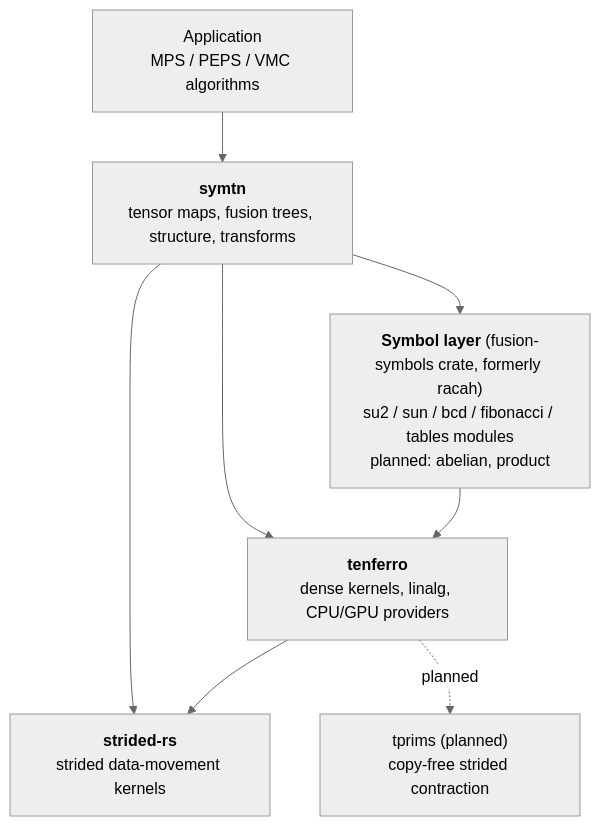
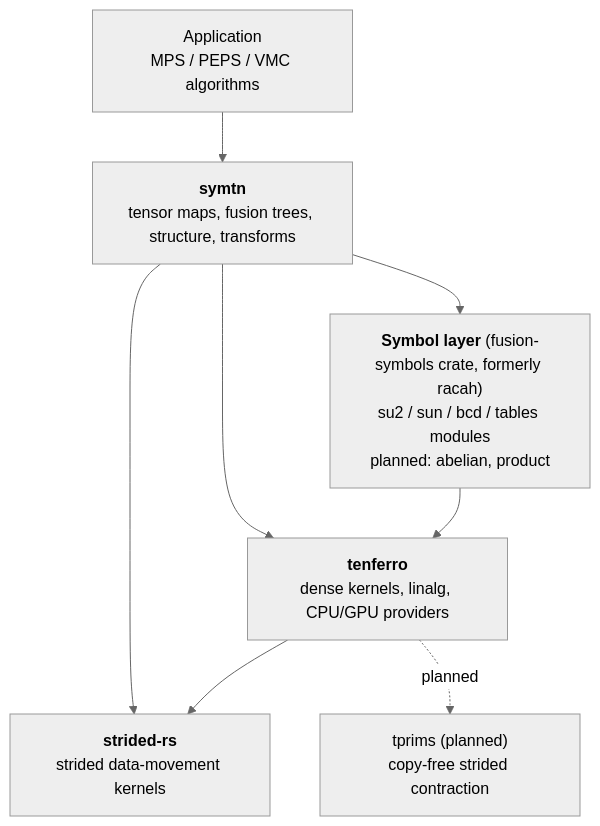
One commit to Ryo-wtnb11/TeNeT changed the first of 2 diagrams in docs/layering.md. Above: the diagram before and after it, drawn with Mermaid (neutral theme). The commit also changed other lines of this file and 54 other files, not shown here.

````diff
--- a/docs/layering.md
+++ b/docs/layering.md
@@ -22,16 +22,16 @@
 ```mermaid
 flowchart TB
     APP["Application<br/>MPS / PEPS / VMC algorithms"]
     SYMTN["<b>symtn</b><br/>tensor maps, fusion trees, structure, transforms"]
-    SYM["<b>Symbol layer</b> (fusion-symbols crate, formerly racah)<br/>su2 / sun / bcd / fibonacci / tables modules<br/>planned: abelian, product"]
+    SYM["<b>Symbol layer</b> (fusion-symbols crate, formerly racah)<br/>su2 / sun / bcd / tables modules<br/>planned: abelian, product"]
     DENSE["<b>tenferro</b><br/>dense kernels, linalg, CPU/GPU providers"]
     STR["<b>strided-rs</b><br/>strided data-movement kernels"]
     PRIMS["tprims (planned)<br/>copy-free strided contraction"]
     APP --> SYMTN
     SYMTN --> SYM
     SYMTN --> DENSE
     SYMTN --> STR
     DENSE --> STR
     DENSE -.planned.-> PRIMS
     SYM --> DENSE
 ```
````
